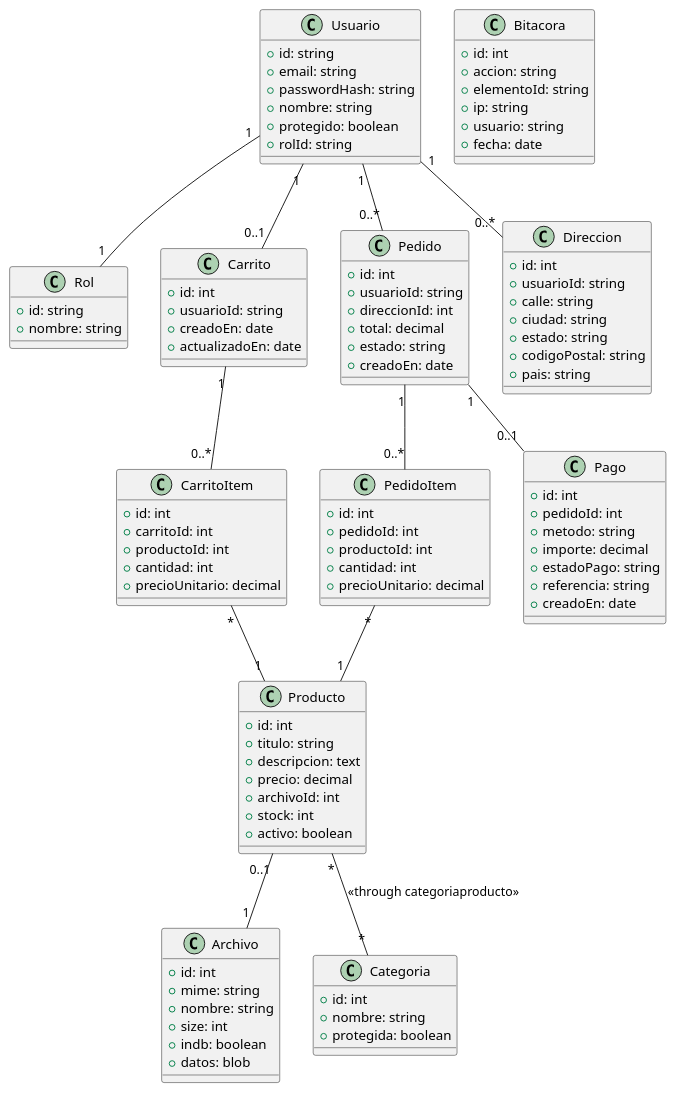
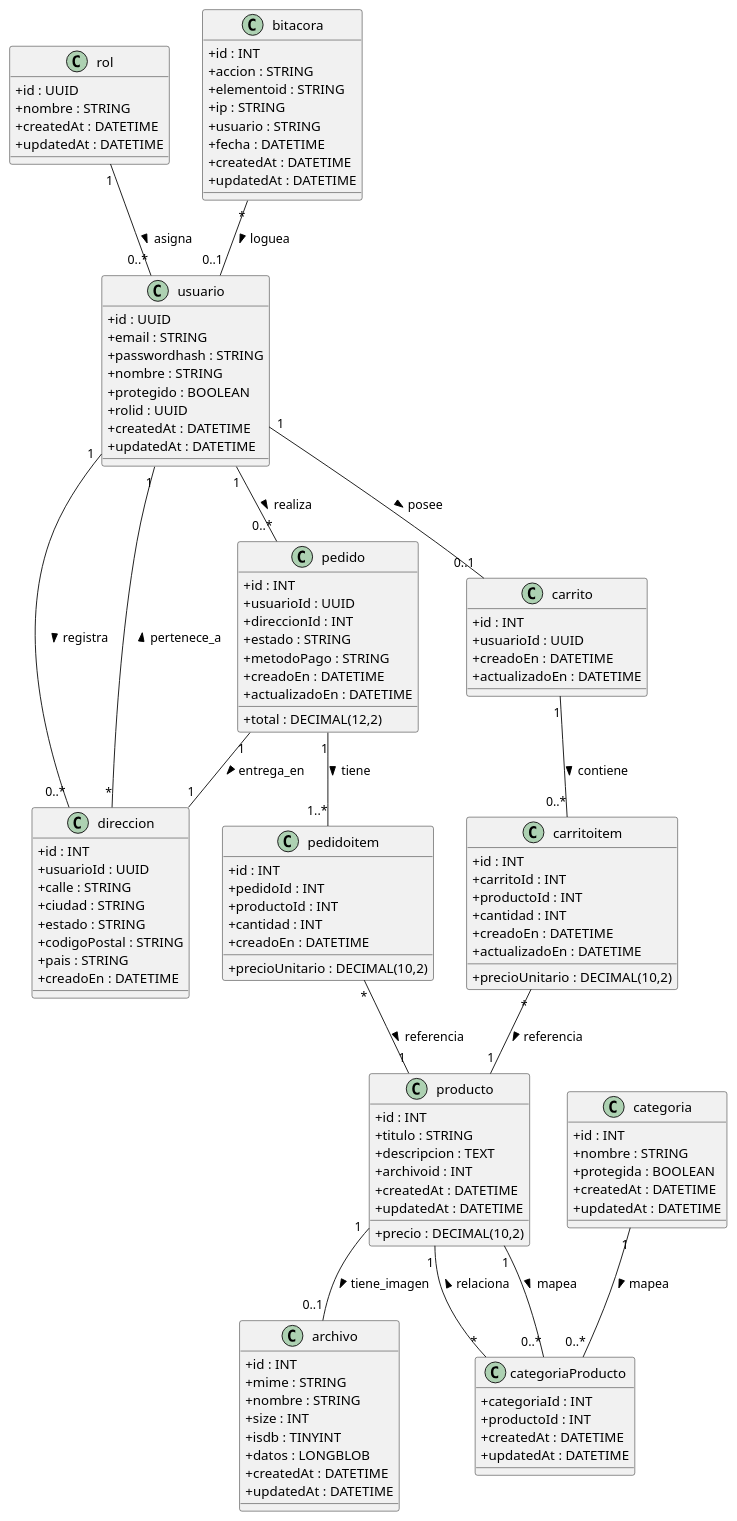
One commit to unaay20/Mercado-libre-backend-Node.js changed the diagram in classes.plantuml. Above: the diagram before and after it, drawn with PlantUML. The commit also changed 4 other files, not shown here.

```diff
--- a/classes.plantuml
+++ b/classes.plantuml
@@ -1,109 +1,134 @@
 @startuml
-' Clases existentes (resumidas)
-class Usuario {
-  +id: string
-  +email: string
-  +passwordHash: string
-  +nombre: string
-  +protegido: boolean
-  +rolId: string
-}
-class Rol {
-  +id: string
-  +nombre: string
-}
-class Producto {
-  +id: int
-  +titulo: string
-  +descripcion: text
-  +precio: decimal
-  +archivoId: int
-  +stock: int
-  +activo: boolean
-}
-class Archivo {
-  +id: int
-  +mime: string
-  +nombre: string
-  +size: int
-  +indb: boolean
-  +datos: blob
-}
-class Categoria {
-  +id: int
-  +nombre: string
-  +protegida: boolean
-}
-class Bitacora {
-  +id: int
-  +accion: string
-  +elementoId: string
-  +ip: string
-  +usuario: string
-  +fecha: date
+skinparam classAttributeIconSize 0
+
+class usuario {
+  +id : UUID
+  +email : STRING
+  +passwordhash : STRING
+  +nombre : STRING
+  +protegido : BOOLEAN
+  +rolid : UUID
+  +createdAt : DATETIME
+  +updatedAt : DATETIME
 }
 
-' Nuevas clases para carrito y pedido
-class Carrito {
-  +id: int
-  +usuarioId: string
-  +creadoEn: date
-  +actualizadoEn: date
-}
-class CarritoItem {
-  +id: int
-  +carritoId: int
-  +productoId: int
-  +cantidad: int
-  +precioUnitario: decimal
-}
-class Pedido {
-  +id: int
-  +usuarioId: string
-  +direccionId: int
-  +total: decimal
-  +estado: string
-  +creadoEn: date
-}
-class PedidoItem {
-  +id: int
-  +pedidoId: int
-  +productoId: int
-  +cantidad: int
-  +precioUnitario: decimal
-}
-class Direccion {
-  +id: int
-  +usuarioId: string
-  +calle: string
-  +ciudad: string
-  +estado: string
-  +codigoPostal: string
-  +pais: string
-}
-class Pago {
-  +id: int
-  +pedidoId: int
-  +metodo: string
-  +importe: decimal
-  +estadoPago: string
-  +referencia: string
-  +creadoEn: date
+class rol {
+  +id : UUID
+  +nombre : STRING
+  +createdAt : DATETIME
+  +updatedAt : DATETIME
 }
 
-' Relaciones
-Usuario "1" -- "0..1" Carrito
-Carrito "1" -- "0..*" CarritoItem
-CarritoItem "*" -- "1" Producto
+class direccion {
+  +id : INT
+  +usuarioId : UUID
+  +calle : STRING
+  +ciudad : STRING
+  +estado : STRING
+  +codigoPostal : STRING
+  +pais : STRING
+  +creadoEn : DATETIME
+}
 
-Usuario "1" -- "0..*" Pedido
-Pedido "1" -- "0..*" PedidoItem
-PedidoItem "*" -- "1" Producto
+class carrito {
+  +id : INT
+  +usuarioId : UUID
+  +creadoEn : DATETIME
+  +actualizadoEn : DATETIME
+}
 
-Pedido "1" -- "0..1" Pago
-Usuario "1" -- "0..*" Direccion
-Producto "*" -- "*" Categoria : <<through categoriaproducto>>
-Producto "0..1" -- "1" Archivo
+class carritoitem {
+  +id : INT
+  +carritoId : INT
+  +productoId : INT
+  +cantidad : INT
+  +precioUnitario : DECIMAL(10,2)
+  +creadoEn : DATETIME
+  +actualizadoEn : DATETIME
+}
 
-Usuario "1" -- "1" Rol
+class pedido {
+  +id : INT
+  +usuarioId : UUID
+  +direccionId : INT
+  +total : DECIMAL(12,2)
+  +estado : STRING
+  +metodoPago : STRING
+  +creadoEn : DATETIME
+  +actualizadoEn : DATETIME
+}
+
+class pedidoitem {
+  +id : INT
+  +pedidoId : INT
+  +productoId : INT
+  +cantidad : INT
+  +precioUnitario : DECIMAL(10,2)
+  +creadoEn : DATETIME
+}
+
+class producto {
+  +id : INT
+  +titulo : STRING
+  +descripcion : TEXT
+  +precio : DECIMAL(10,2)
+  +archivoid : INT
+  +createdAt : DATETIME
+  +updatedAt : DATETIME
+}
+
+class archivo {
+  +id : INT
+  +mime : STRING
+  +nombre : STRING
+  +size : INT
+  +isdb : TINYINT
+  +datos : LONGBLOB
+  +createdAt : DATETIME
+  +updatedAt : DATETIME
+}
+
+class categoria {
+  +id : INT
+  +nombre : STRING
+  +protegida : BOOLEAN
+  +createdAt : DATETIME
+  +updatedAt : DATETIME
+}
+
+class categoriaProducto {
+  +categoriaId : INT
+  +productoId : INT
+  +createdAt : DATETIME
+  +updatedAt : DATETIME
+}
+
+class bitacora {
+  +id : INT
+  +accion : STRING
+  +elementoid : STRING
+  +ip : STRING
+  +usuario : STRING
+  +fecha : DATETIME
+  +createdAt : DATETIME
+  +updatedAt : DATETIME
+}
+
+/' Associations and multiplicities '/
+usuario "1" -- "0..*" pedido : realiza >
+usuario "1" -- "0..1" carrito : posee >
+carrito "1" -- "0..*" carritoitem : contiene >
+carritoitem "*" -- "1" producto : referencia >
+pedido "1" -- "1..*" pedidoitem : tiene >
+pedidoitem "*" -- "1" producto : referencia >
+pedido "1" -- "1" direccion : entrega_en >
+direccion "*" -- "1" usuario : pertenece_a >
+usuario "1" -- "0..*" direccion : registra >
+producto "1" -- "0..1" archivo : tiene_imagen >
+producto "1" -- "0..*" categoriaProducto : mapea >
+categoria "1" -- "0..*" categoriaProducto : mapea >
+categoriaProducto "*" -- "1" producto : relaciona >
+rol "1" -- "0..*" usuario : asigna >
+bitacora "*" -- "0..1" usuario : loguea >
+
 @enduml
```
